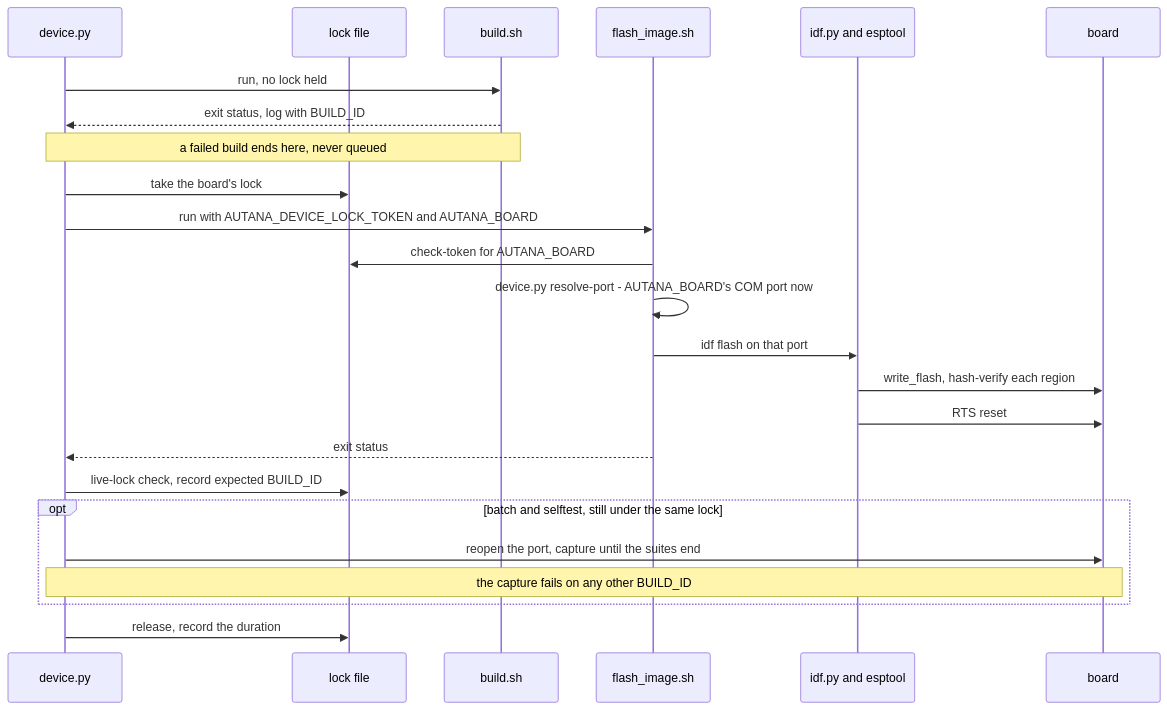
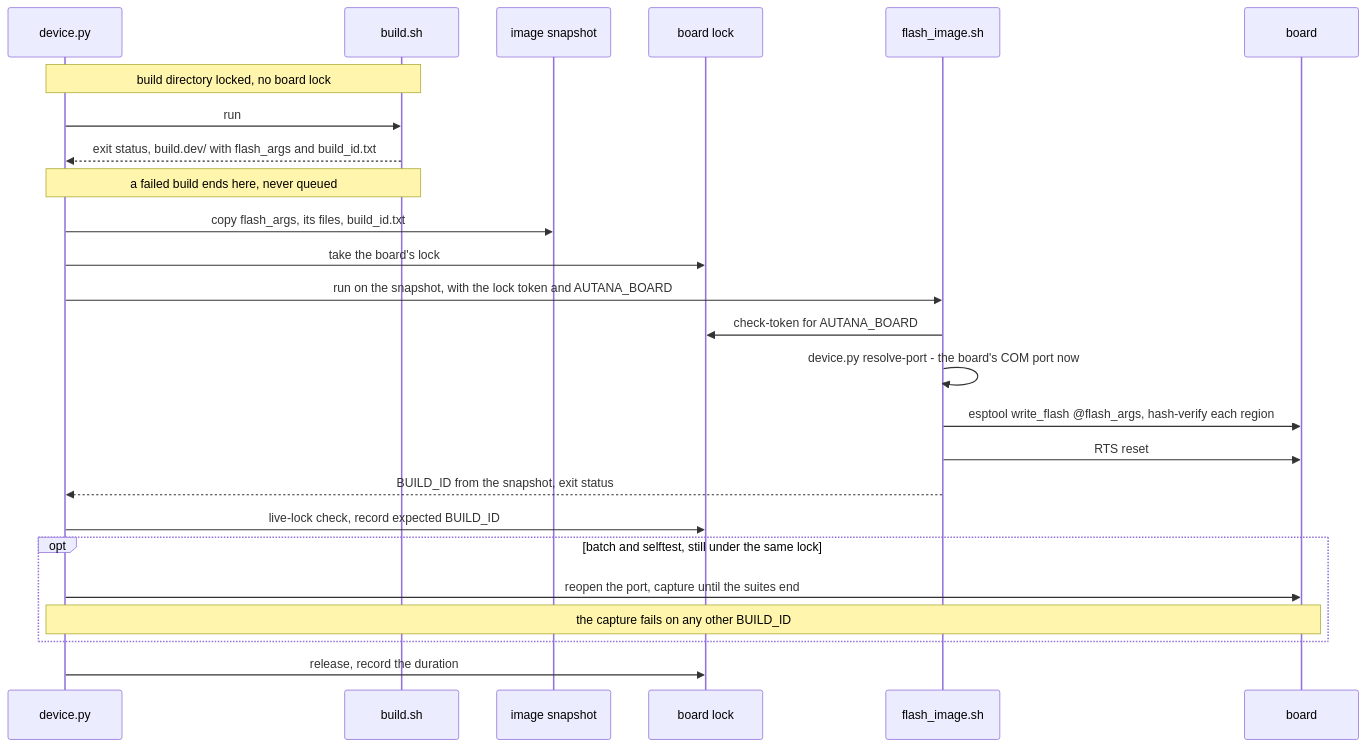
Before and after one commit to jose-villegas/autana: the first of 2 diagrams in docs/tools/Device-Lock.md, drawn with Mermaid. The commit also changed other lines of this file and 6 other files, not shown here.

First line of the commit message:
docs: the flash writes a snapshot; reports take AUTANA_BOARD

````diff
--- a/docs/tools/Device-Lock.md
+++ b/docs/tools/Device-Lock.md
@@ -91,27 +98,28 @@
 ```mermaid
 sequenceDiagram
     participant Dev as device.py
-    participant Lock as lock file
     participant Build as build.sh
+    participant Snap as image snapshot
+    participant Lock as board lock
     participant Sh as flash_image.sh
-    participant Idf as idf.py and esptool
     participant Board as board
 
-    Dev->>Build: run, no lock held
-    Build-->>Dev: exit status, log with BUILD_ID
+    Note over Dev,Build: build directory locked, no board lock
+    Dev->>Build: run
+    Build-->>Dev: exit status, build.dev/ with flash_args and build_id.txt
     Note over Dev,Build: a failed build ends here, never queued
+    Dev->>Snap: copy flash_args, its files, build_id.txt
     Dev->>Lock: take the board's lock
-    Dev->>Sh: run with AUTANA_DEVICE_LOCK_TOKEN and AUTANA_BOARD
+    Dev->>Sh: run on the snapshot, with the lock token and AUTANA_BOARD
     Sh->>Lock: check-token for AUTANA_BOARD
-    Sh->>Sh: device.py resolve-port - AUTANA_BOARD's COM port now
-    Sh->>Idf: idf flash on that port
-    Idf->>Board: write_flash, hash-verify each region
-    Idf->>Board: RTS reset
-    Sh-->>Dev: exit status
+    Sh->>Sh: device.py resolve-port - the board's COM port now
+    Sh->>Board: esptool write_flash @flash_args, hash-verify each region
+    Sh->>Board: RTS reset
+    Sh-->>Dev: BUILD_ID from the snapshot, exit status
     Dev->>Lock: live-lock check, record expected BUILD_ID
     opt batch and selftest, still under the same lock
         Dev->>Board: reopen the port, capture until the suites end
         Note over Dev,Board: the capture fails on any other BUILD_ID
     end
     Dev->>Lock: release, record the duration
 ```
````
